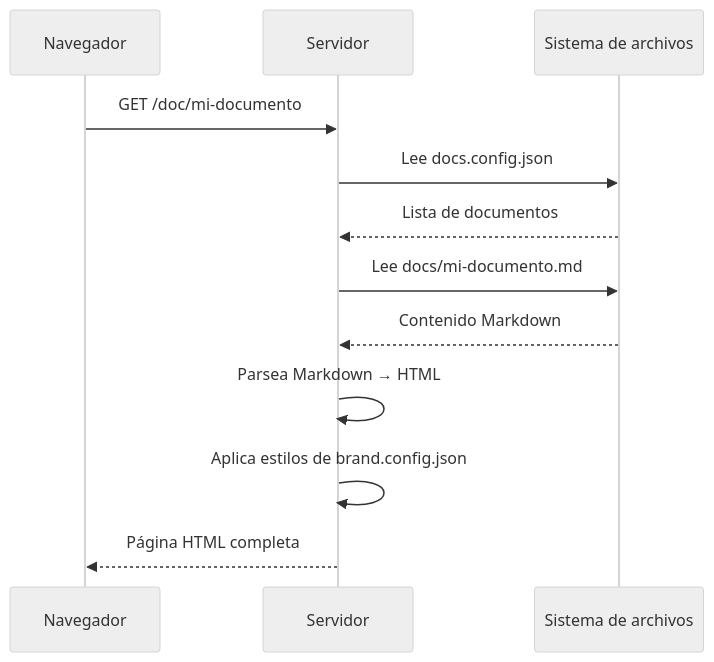
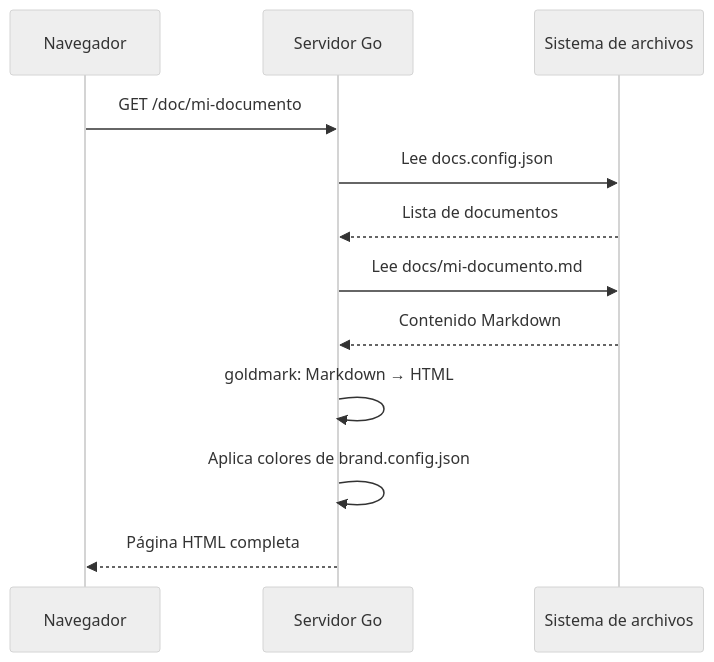
The second of 2 diagrams in docs/03-referencia.md (cristianino/md-docs-viewer), drawn with Mermaid (neutral theme) before and after one commit. The commit also changed other lines of this file and 24 other files, not shown here.

````diff
--- a/docs/03-referencia.md
+++ b/docs/03-referencia.md
@@ -26,15 +26,15 @@
 ```mermaid
 sequenceDiagram
     participant B as Navegador
-    participant S as Servidor
+    participant S as Servidor Go
     participant F as Sistema de archivos
 
     B->>S: GET /doc/mi-documento
     S->>F: Lee docs.config.json
     F-->>S: Lista de documentos
     S->>F: Lee docs/mi-documento.md
     F-->>S: Contenido Markdown
-    S->>S: Parsea Markdown → HTML
-    S->>S: Aplica estilos de brand.config.json
+    S->>S: goldmark: Markdown → HTML
+    S->>S: Aplica colores de brand.config.json
     S-->>B: Página HTML completa
 ```
````
